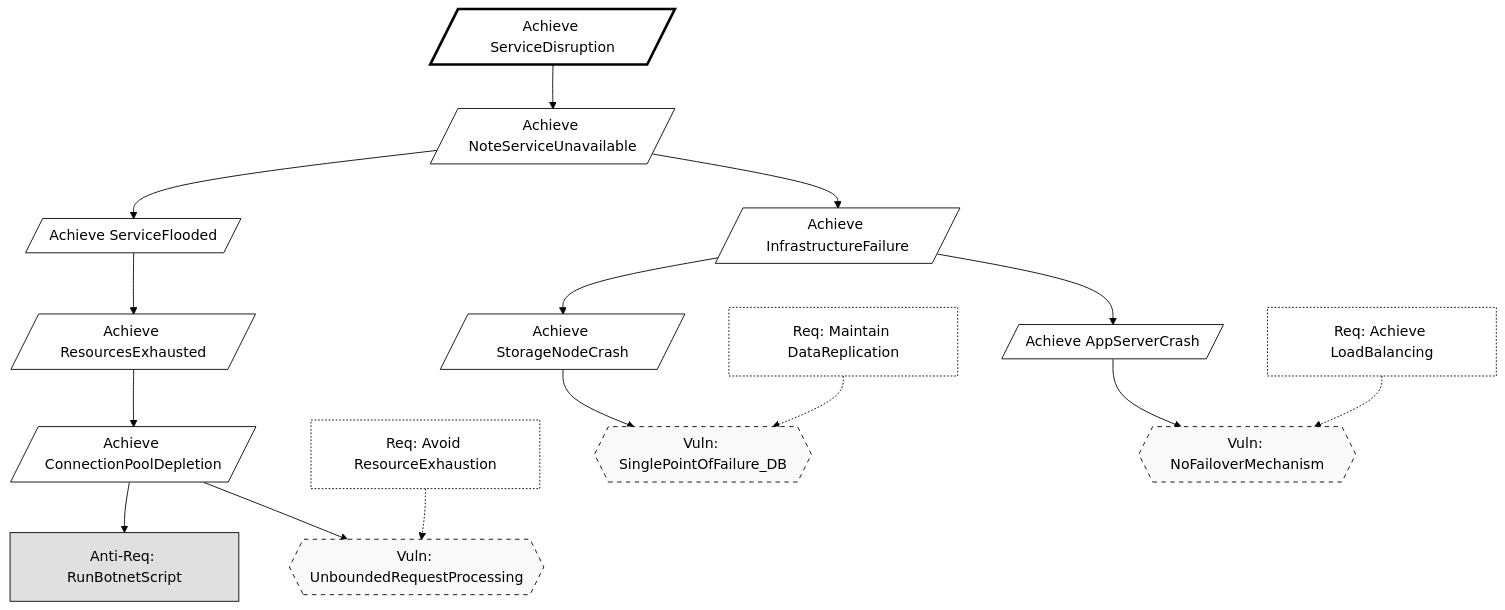
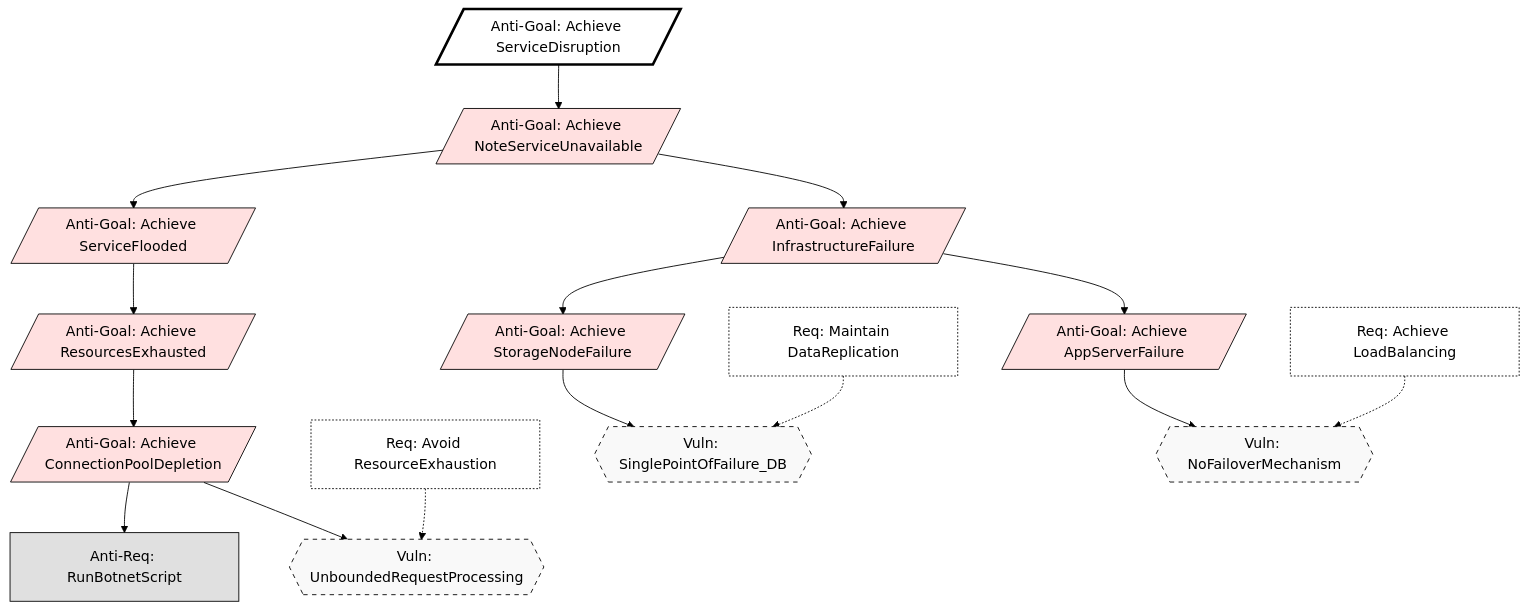
One commit to StefanB07/Secure-Notes-App changed the third of 3 diagrams in KAOS.md. Above: the diagram before and after it, drawn with Mermaid (forest theme). The commit also changed other lines of this file and 6 other files, not shown here.

````diff
--- a/KAOS.md
+++ b/KAOS.md
@@ -331,72 +364,73 @@
 ```mermaid
 graph TD
     %% --- STYLING ---
     classDef root fill:#fff,stroke:#000,stroke-width:3px,color:#000;
     classDef goal fill:#fff,stroke:#000,stroke-width:1px,color:#000;
+    classDef antiGoal fill:#ffe0e0,stroke:#000,stroke-width:1px,color:#000;
     classDef antiReq fill:#e0e0e0,stroke:#000,stroke-width:1px,color:#000;
     classDef vuln fill:#f9f9f9,stroke:#000,stroke-width:1px,stroke-dasharray: 5 5,color:#000;
     classDef cm fill:#fff,stroke:#000,stroke-width:1px,stroke-dasharray: 2 2,color:#000;
 
     %% ==========================================
     %% STRATEGIC ROOTS
     %% ==========================================
-    AG_Root[/Achieve ServiceDisruption/]:::root
+    AG_Root[/Anti-Goal: Achieve ServiceDisruption/]:::root
     
     %% ==========================================
     %% INITIAL ANTI-GOAL
     %% ==========================================
-    AG_Unavailable[/Achieve NoteServiceUnavailable/]:::goal
+    AG_Unavailable[/Anti-Goal: Achieve NoteServiceUnavailable/]:::antiGoal
     AG_Root --> AG_Unavailable
 
     %% ==========================================
     %% BRANCH 1: ACTIVE ATTACKS (Deep Refinement)
     %% ==========================================
     %% The attacker must choose a strategy to take down the service.
     
-    AG_DoS[/Achieve ServiceFlooded/]:::goal
+    AG_DoS[/Anti-Goal: Achieve ServiceFlooded/]:::antiGoal
     AG_Unavailable --> AG_DoS
 
-    AG_Exhaust[/Achieve ResourcesExhausted/]:::goal
+    AG_Exhaust[/Anti-Goal: Achieve ResourcesExhausted/]:::antiGoal
     AG_DoS --> AG_Exhaust
 
     %% Deepening the specific resource attack
-    AG_Pool[/Achieve ConnectionPoolDepletion/]:::goal
+    AG_Pool[/Anti-Goal: Achieve ConnectionPoolDepletion/]:::antiGoal
     AG_Exhaust --> AG_Pool
 
     AR_Flood[Anti-Req: RunBotnetScript]:::antiReq
     Vuln_NoLimit{{Vuln: UnboundedRequestProcessing}}:::vuln
     
     AG_Pool --> AR_Flood
     AG_Pool --> Vuln_NoLimit
 
     CM_RateLimit[Req: Avoid ResourceExhaustion]:::cm
     CM_RateLimit -.-> Vuln_NoLimit
 
     %% ==========================================
     %% BRANCH 2: PASSIVE FAILURES (Infrastructure)
     %% ==========================================
     %% These are naturally shallower but we group them logically.
     
-    AG_Infra[/Achieve InfrastructureFailure/]:::goal
+    AG_Infra[/Anti-Goal: Achieve InfrastructureFailure/]:::antiGoal
     AG_Unavailable --> AG_Infra
 
-    %% --- THREAT G: STORAGE FAILURE ---
-    AG_Storage[/Achieve StorageNodeCrash/]:::goal
+    %% --- THREAT I: STORAGE FAILURE ---
+    AG_Storage[/Anti-Goal: Achieve StorageNodeFailure/]:::antiGoal
     AG_Infra --> AG_Storage
 
     Vuln_SPOF{{Vuln: SinglePointOfFailure_DB}}:::vuln
     AG_Storage --> Vuln_SPOF
 
     CM_Replica[Req: Maintain DataReplication]:::cm
     CM_Replica -.-> Vuln_SPOF
 
-    %% --- THREAT H: COMPUTE FAILURE ---
-    AG_Compute[/Achieve AppServerCrash/]:::goal
+    %% --- THREAT J: COMPUTE FAILURE ---
+    AG_Compute[/Anti-Goal: Achieve AppServerFailure/]:::antiGoal
     AG_Infra --> AG_Compute
 
     Vuln_StaticIP{{Vuln: NoFailoverMechanism}}:::vuln
     AG_Compute --> Vuln_StaticIP
 
     CM_LB[Req: Achieve LoadBalancing]:::cm
     CM_LB -.-> Vuln_StaticIP
 ```
````
